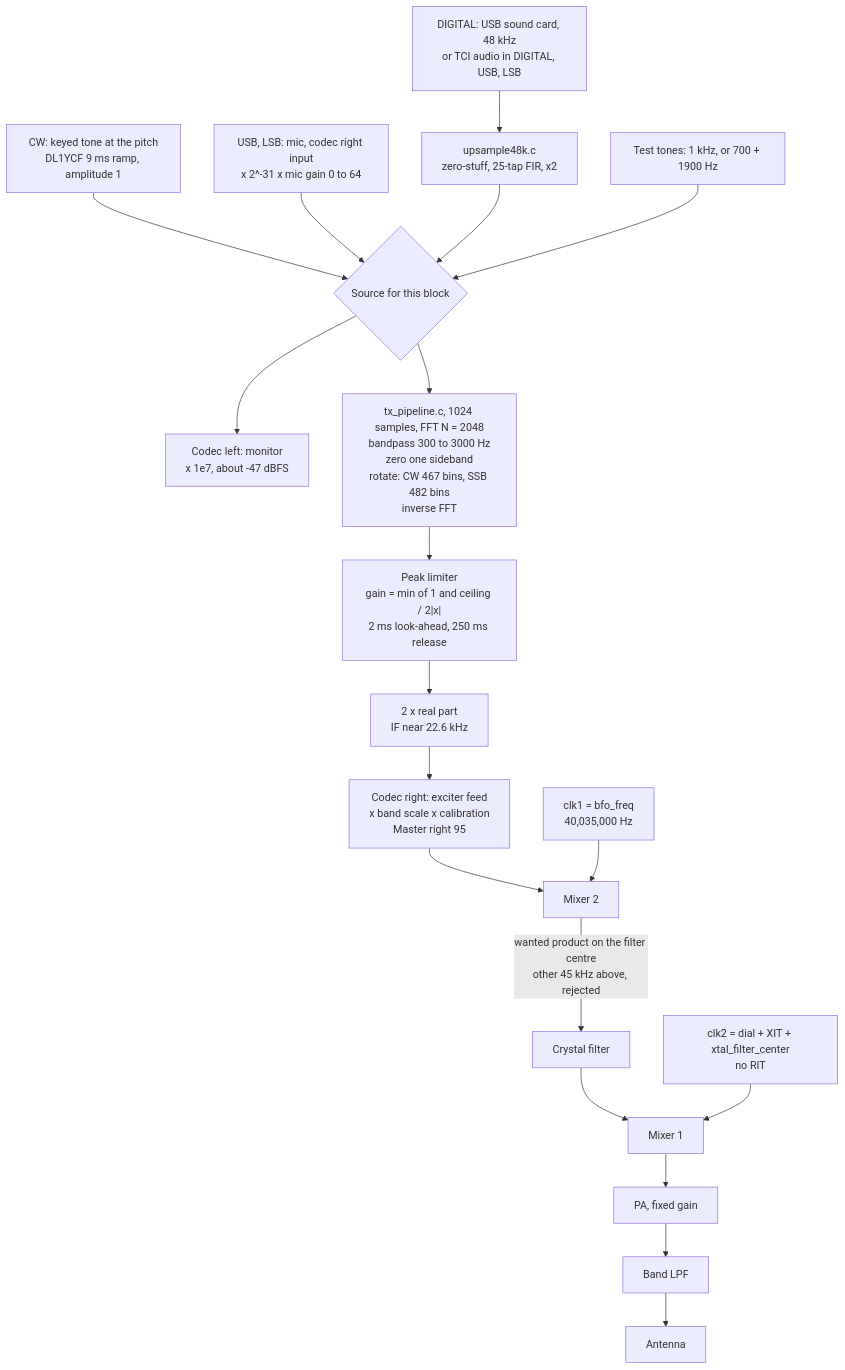
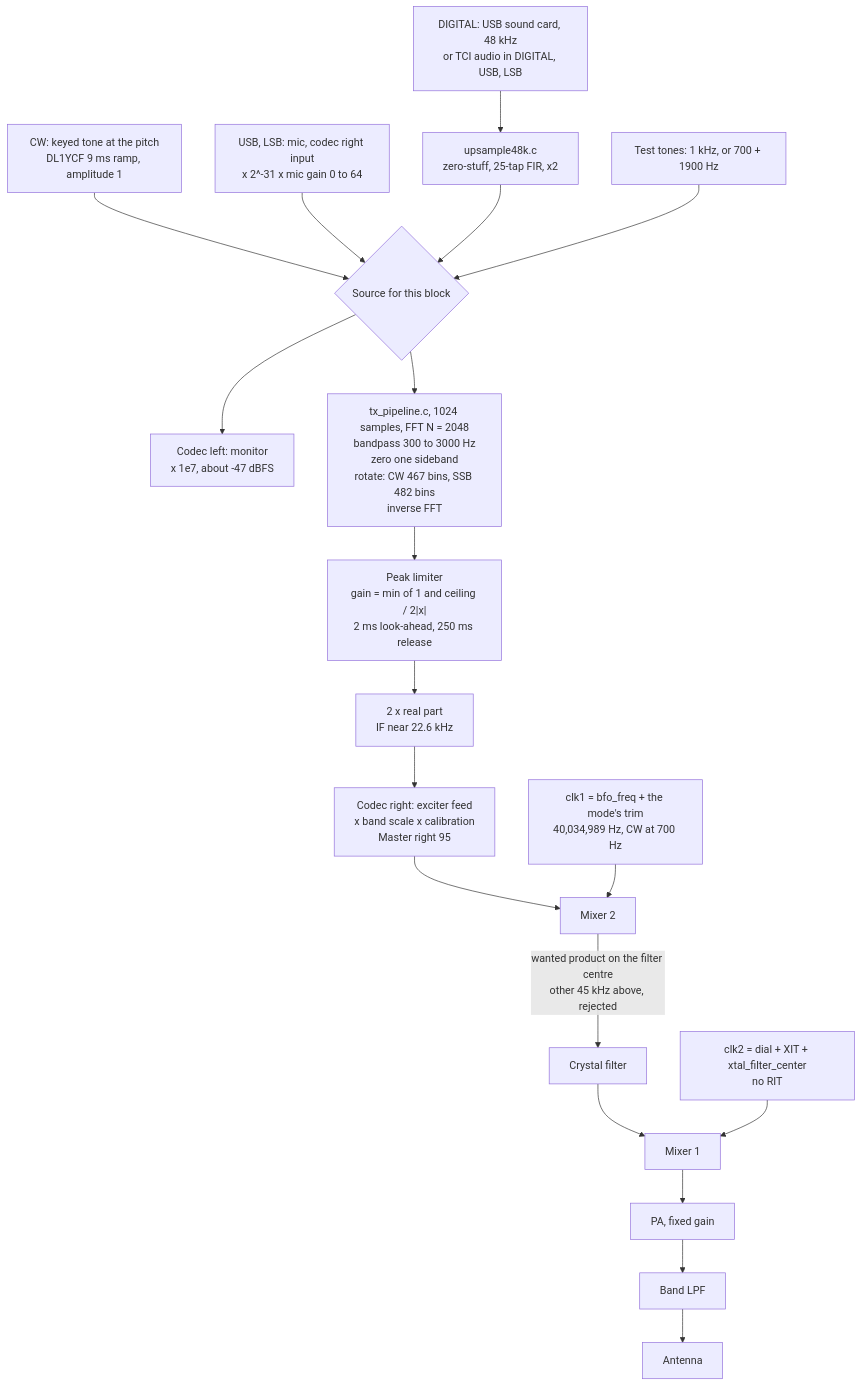
One commit to MikeJohnshoy/maxibitx changed the fourth of 4 diagrams in docs/00_intro.md. Above: the diagram before and after it, drawn with Mermaid. The commit also changed other lines of this file, not shown here.

````diff
--- a/docs/00_intro.md
+++ b/docs/00_intro.md
@@ -946,18 +1154,18 @@
 ```mermaid
 flowchart TD
     CW["CW: keyed tone at the pitch<br/>DL1YCF 9 ms ramp, amplitude 1"] --> SRC{"Source for this block"}
     MIC["USB, LSB: mic, codec right input<br/>x 2^-31 x mic gain 0 to 64"] --> SRC
     DIG["DIGITAL: USB sound card, 48 kHz<br/>or TCI audio in DIGITAL, USB, LSB"] --> UP["upsample48k.c<br/>zero-stuff, 25-tap FIR, x2"] --> SRC
     TONE["Test tones: 1 kHz, or 700 + 1900 Hz"] --> SRC
     SRC --> MON["Codec left: monitor<br/>x 1e7, about -47 dBFS"]
     SRC --> PIPE["tx_pipeline.c, 1024 samples, FFT N = 2048<br/>bandpass 300 to 3000 Hz<br/>zero one sideband<br/>rotate: CW 467 bins, SSB 482 bins<br/>inverse FFT"]
     PIPE --> ALC["Peak limiter<br/>gain = min of 1 and ceiling / 2|x|<br/>2 ms look-ahead, 250 ms release"]
     ALC --> RE["2 x real part<br/>IF near 22.6 kHz"]
     RE --> DAC["Codec right: exciter feed<br/>x band scale x calibration<br/>Master right 95"]
     DAC --> M2["Mixer 2"]
-    BFO["clk1 = bfo_freq<br/>40,035,000 Hz"] --> M2
+    BFO["clk1 = bfo_freq + the mode's trim<br/>40,034,989 Hz, CW at 700 Hz"] --> M2
     M2 -->|"wanted product on the filter centre<br/>other 45 kHz above, rejected"| XF["Crystal filter"]
     XF --> M1["Mixer 1"]
     CLK2["clk2 = dial + XIT + xtal_filter_center<br/>no RIT"] --> M1
     M1 --> PA["PA, fixed gain"] --> LPF["Band LPF"] --> ANT["Antenna"]
 ```
````
